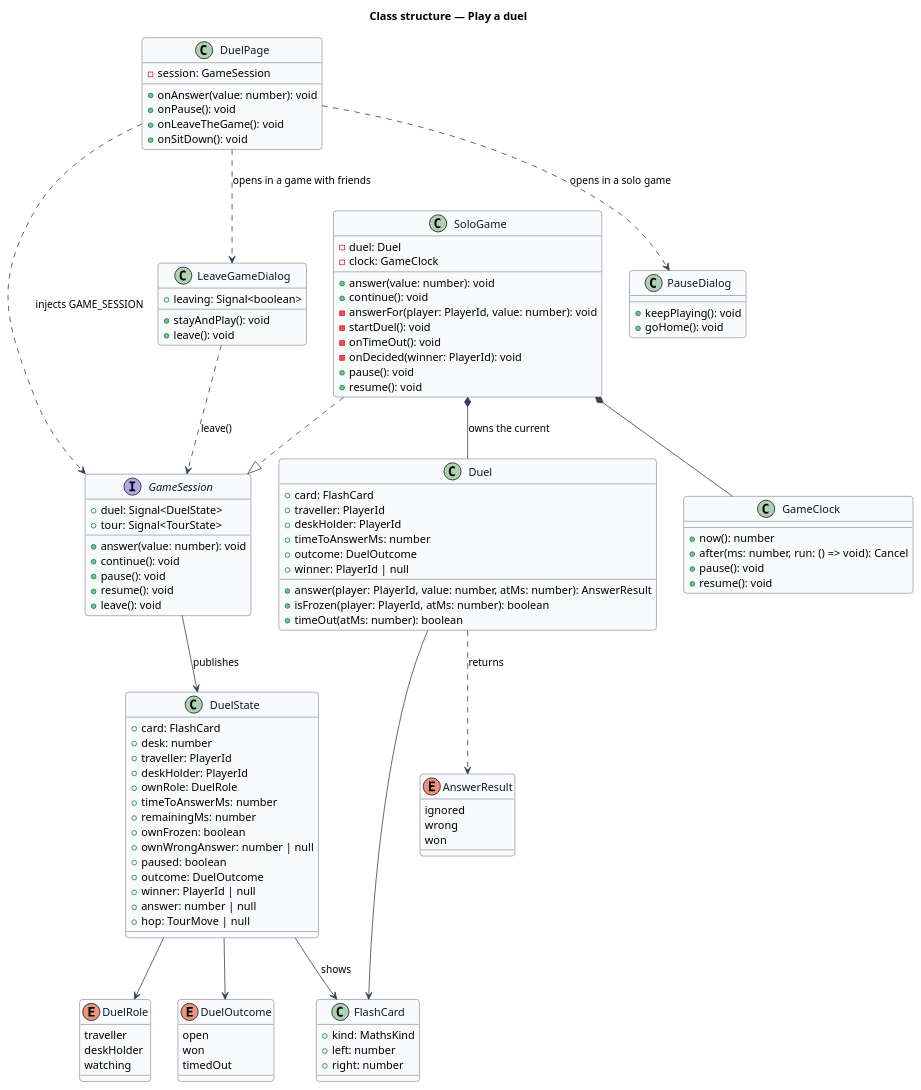
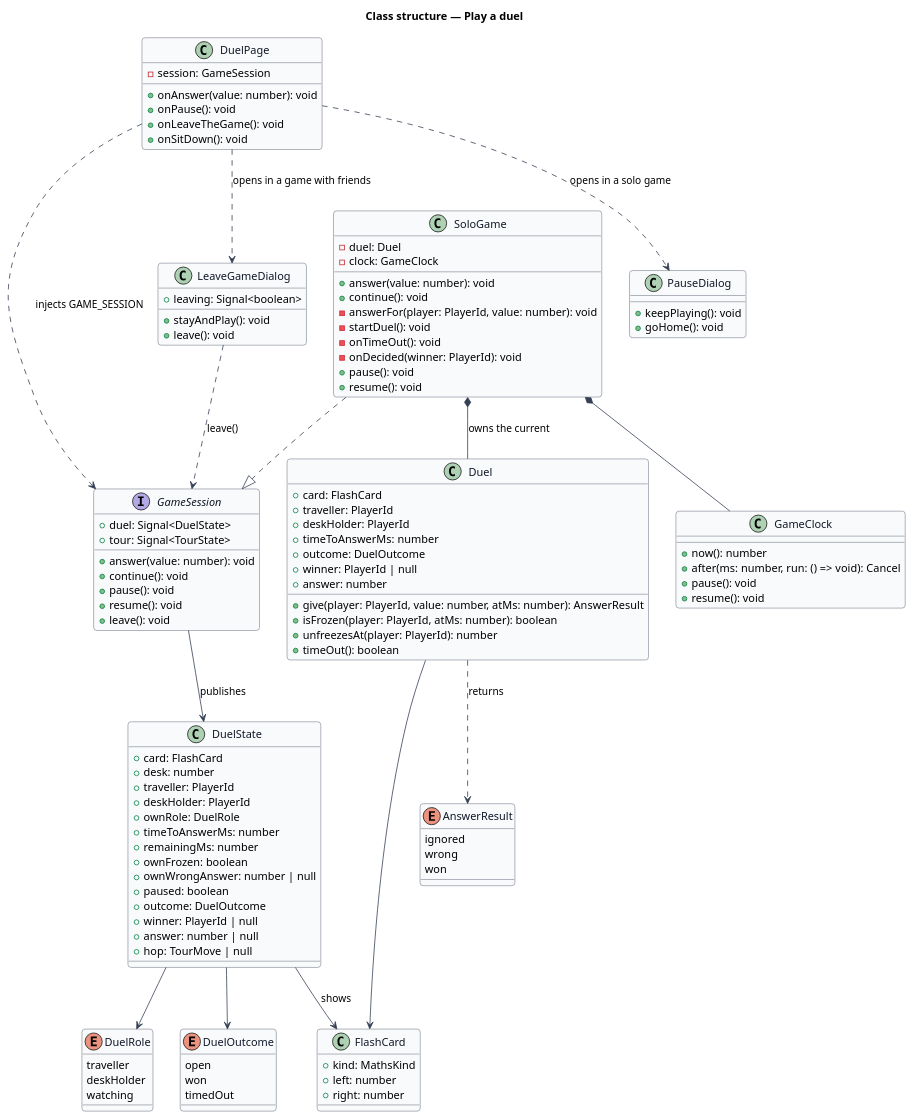
The diagram in docs/detailed-designs/tour/play-duel/diagrams/class-structure.puml (QuinntyneBrown/around-the-world), drawn with PlantUML before and after one commit. The commit also changed 13 other files, not shown here.

```diff
--- a/docs/detailed-designs/tour/play-duel/diagrams/class-structure.puml
+++ b/docs/detailed-designs/tour/play-duel/diagrams/class-structure.puml
@@ -1,120 +1,122 @@
 @startuml
 ' --- shared skin header ---
 skinparam backgroundColor #FFFFFF
 skinparam shadowing false
 skinparam roundcorner 8
 skinparam defaultFontName Arial
 skinparam ArrowColor #344054
 skinparam class {
   BorderColor #344054
   FontColor #101828
   BackgroundColor #F9FAFB
 }
 ' --------------------------
 title Class structure — Play a duel
 
 interface GameSession {
   +duel: Signal<DuelState>
   +tour: Signal<TourState>
   +answer(value: number): void
   +continue(): void
   +pause(): void
   +resume(): void
   +leave(): void
 }
 class DuelState {
   +card: FlashCard
   +desk: number
   +traveller: PlayerId
   +deskHolder: PlayerId
   +ownRole: DuelRole
   +timeToAnswerMs: number
   +remainingMs: number
   +ownFrozen: boolean
   +ownWrongAnswer: number | null
   +paused: boolean
   +outcome: DuelOutcome
   +winner: PlayerId | null
   +answer: number | null
   +hop: TourMove | null
 }
 enum DuelRole {
   traveller
   deskHolder
   watching
 }
 enum DuelOutcome {
   open
   won
   timedOut
 }
 class FlashCard {
   +kind: MathsKind
   +left: number
   +right: number
 }
 class SoloGame {
   -duel: Duel
   -clock: GameClock
   +answer(value: number): void
   +continue(): void
   -answerFor(player: PlayerId, value: number): void
   -startDuel(): void
   -onTimeOut(): void
   -onDecided(winner: PlayerId): void
   +pause(): void
   +resume(): void
 }
 class Duel {
   +card: FlashCard
   +traveller: PlayerId
   +deskHolder: PlayerId
   +timeToAnswerMs: number
   +outcome: DuelOutcome
   +winner: PlayerId | null
-  +answer(player: PlayerId, value: number, atMs: number): AnswerResult
+  +answer: number
+  +give(player: PlayerId, value: number, atMs: number): AnswerResult
   +isFrozen(player: PlayerId, atMs: number): boolean
-  +timeOut(atMs: number): boolean
+  +unfreezesAt(player: PlayerId): number
+  +timeOut(): boolean
 }
 enum AnswerResult {
   ignored
   wrong
   won
 }
 class GameClock {
   +now(): number
   +after(ms: number, run: () => void): Cancel
   +pause(): void
   +resume(): void
 }
 class DuelPage {
   -session: GameSession
   +onAnswer(value: number): void
   +onPause(): void
   +onLeaveTheGame(): void
   +onSitDown(): void
 }
 class PauseDialog {
   +keepPlaying(): void
   +goHome(): void
 }
 class LeaveGameDialog {
   +leaving: Signal<boolean>
   +stayAndPlay(): void
   +leave(): void
 }
 
 SoloGame ..|> GameSession
 GameSession --> DuelState : publishes
 DuelState --> FlashCard : shows
 DuelState --> DuelRole
 DuelState --> DuelOutcome
 SoloGame *-- Duel : owns the current
 SoloGame *-- GameClock
 Duel --> FlashCard
 Duel ..> AnswerResult : returns
 DuelPage ..> GameSession : injects GAME_SESSION
 DuelPage ..> PauseDialog : opens in a solo game
 DuelPage ..> LeaveGameDialog : opens in a game with friends
 LeaveGameDialog ..> GameSession : leave()
 @enduml
```
